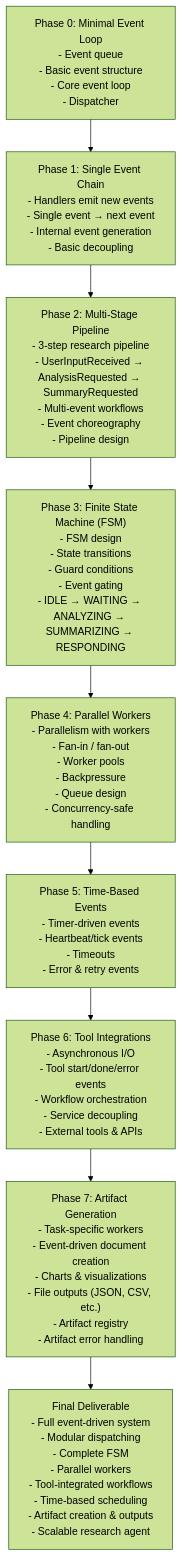
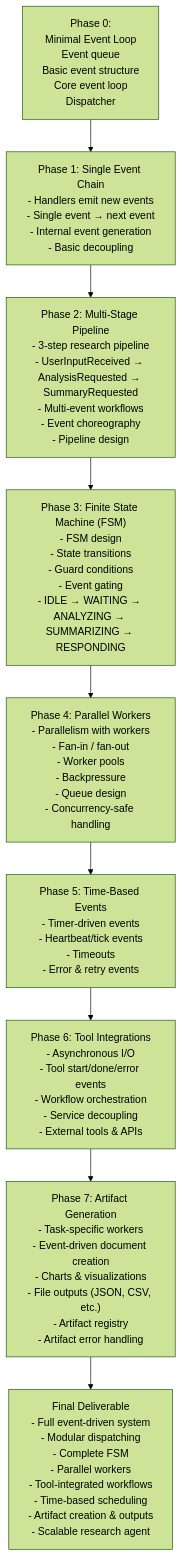
Before and after one commit to shartrooper/research-assistant: the diagram in diagram.md, drawn with Mermaid (forest theme).

Commit message:
improving flowchart

````diff
--- a/diagram.md
+++ b/diagram.md
@@ -3,14 +3,19 @@
 ```mermaid
 flowchart TD
-  P0["Phase 0: Minimal Event Loop\n- Event queue\n- Basic event structure\n- Core event loop\n- Dispatcher"]
+  P0["Phase 0: 
+  Minimal Event Loop 
+  Event queue 
+  Basic event structure
+  Core event loop 
+  Dispatcher"]
   P1["Phase 1: Single Event Chain\n- Handlers emit new events\n- Single event → next event\n- Internal event generation\n- Basic decoupling"]
   P2["Phase 2: Multi-Stage Pipeline\n- 3-step research pipeline\n- UserInputReceived → AnalysisRequested → SummaryRequested\n- Multi-event workflows\n- Event choreography\n- Pipeline design"]
   P3["Phase 3: Finite State Machine (FSM)\n- FSM design\n- State transitions\n- Guard conditions\n- Event gating\n- IDLE → WAITING → ANALYZING → SUMMARIZING → RESPONDING"]
   P4["Phase 4: Parallel Workers\n- Parallelism with workers\n- Fan-in / fan-out\n- Worker pools\n- Backpressure\n- Queue design\n- Concurrency-safe handling"]
   P5["Phase 5: Time-Based Events\n- Timer-driven events\n- Heartbeat/tick events\n- Timeouts\n- Error & retry events"]
   P6["Phase 6: Tool Integrations\n- Asynchronous I/O\n- Tool start/done/error events\n- Workflow orchestration\n- Service decoupling\n- External tools & APIs"]
   P7["Phase 7: Artifact Generation\n- Task-specific workers\n- Event-driven document creation\n- Charts & visualizations\n- File outputs (JSON, CSV, etc.)\n- Artifact registry\n- Artifact error handling"]
   F["Final Deliverable\n- Full event-driven system\n- Modular dispatching\n- Complete FSM\n- Parallel workers\n- Tool-integrated workflows\n- Time-based scheduling\n- Artifact creation & outputs\n- Scalable research agent"]
 
   P0 --> P1 --> P2 --> P3 --> P4 --> P5 --> P6 --> P7 --> F
 ```
````
